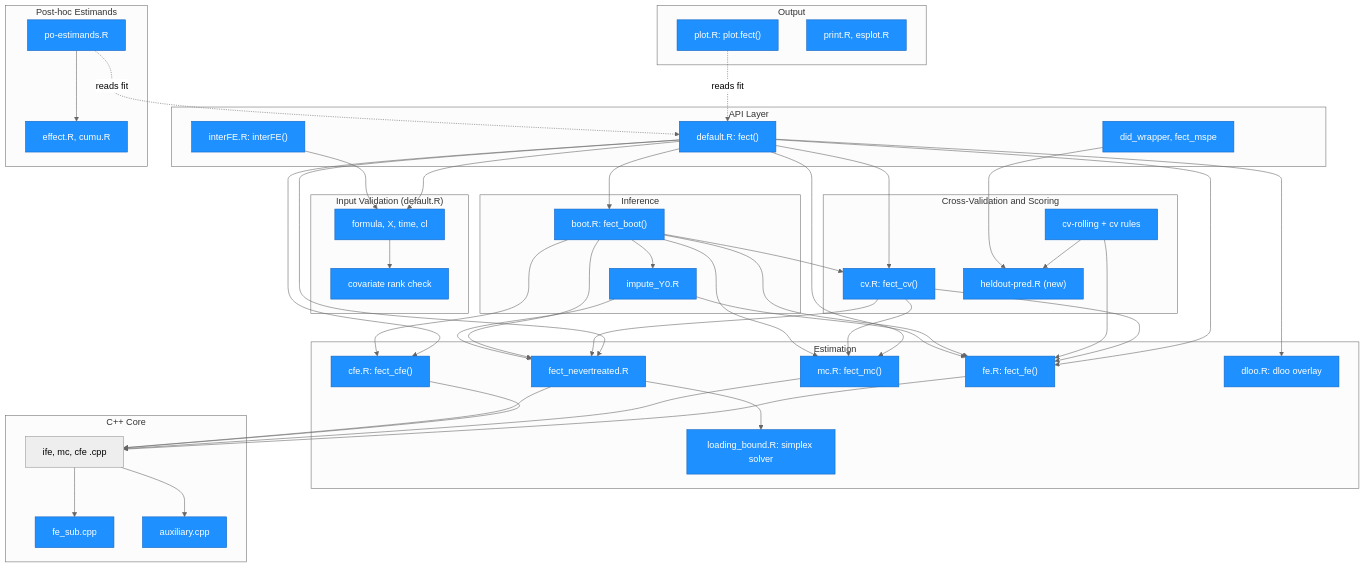
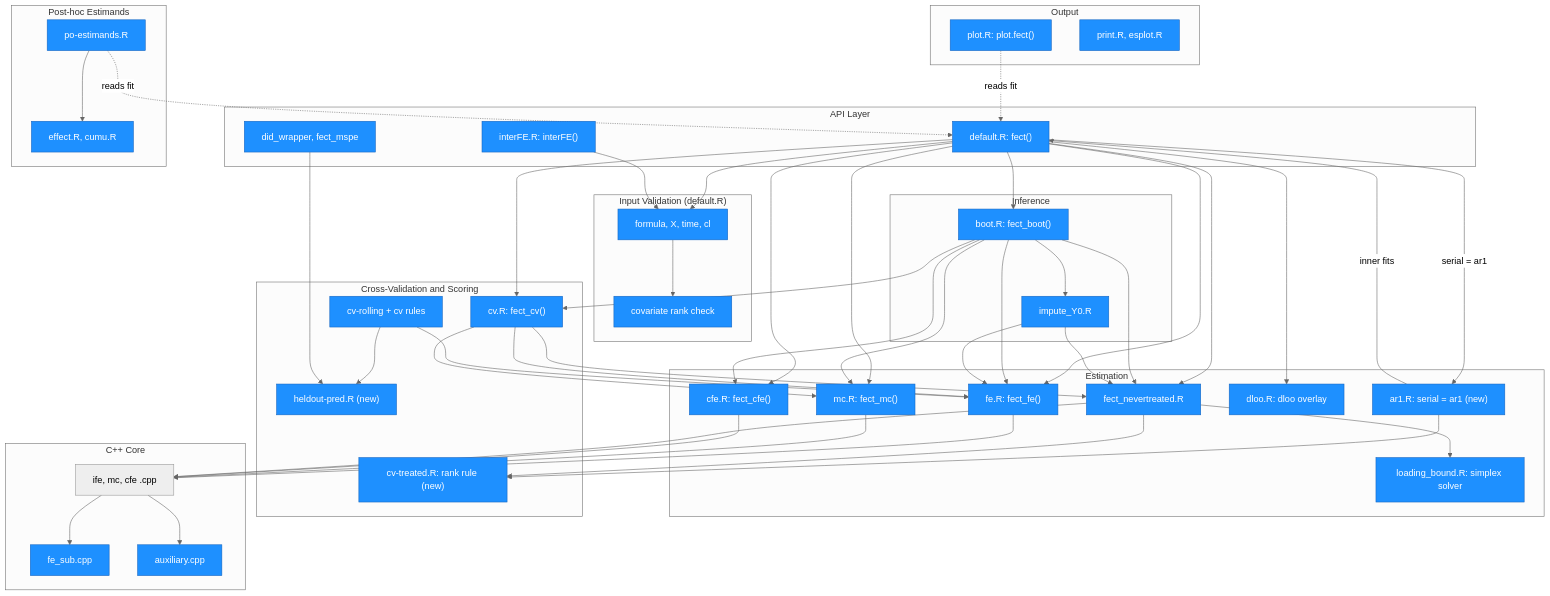
The first of 9 diagrams in ARCHITECTURE.md (xuyiqing/fect), drawn with Mermaid before and after one commit. The commit also changed other lines of this file and 4 other files, not shown here.

Commit message:
scriber: AR(1) joint filter and treated-unit rank rule docs (NEWS, bb-updates, ?fect, 06-gsynth section, ARCHITECTURE)

```diff
--- a/ARCHITECTURE.md
+++ b/ARCHITECTURE.md
@@ -75,12 +82,14 @@
         E4["fect_nevertreated.R"]
         E5["dloo.R: dloo overlay"]
         E6["loading_bound.R: simplex solver"]
+        E7["ar1.R: serial = ar1 (new)"]
     end
 
     subgraph CV["Cross-Validation and Scoring"]
         K1["cv.R: fect_cv()"]
         K2["cv-rolling + cv rules"]
         H1["heldout-pred.R (new)"]
+        K3["cv-treated.R: rank rule (new)"]
     end
 
     subgraph Inf["Inference"]
@@ -114,6 +123,10 @@
     A1 --> E4
     A1 --> E5
     A1 --> I1
+    A1 -->|"serial = ar1"| E7
+    E7 -->|"inner fits"| A1
+    E7 --> K3
+    E4 --> K3
     E4 --> E6
     K1 --> E1
     K1 --> E2
@@ -150,6 +163,8 @@
     style E4 fill:#1e90ff,stroke:#1565c0,color:#fff
     style E5 fill:#1e90ff,stroke:#1565c0,color:#fff
     style E6 fill:#1e90ff,stroke:#1565c0,color:#fff
+    style E7 fill:#1e90ff,stroke:#1565c0,color:#fff
+    style K3 fill:#1e90ff,stroke:#1565c0,color:#fff
     style K1 fill:#1e90ff,stroke:#1565c0,color:#fff
     style K2 fill:#1e90ff,stroke:#1565c0,color:#fff
     style H1 fill:#1e90ff,stroke:#1565c0,color:#fff
```
